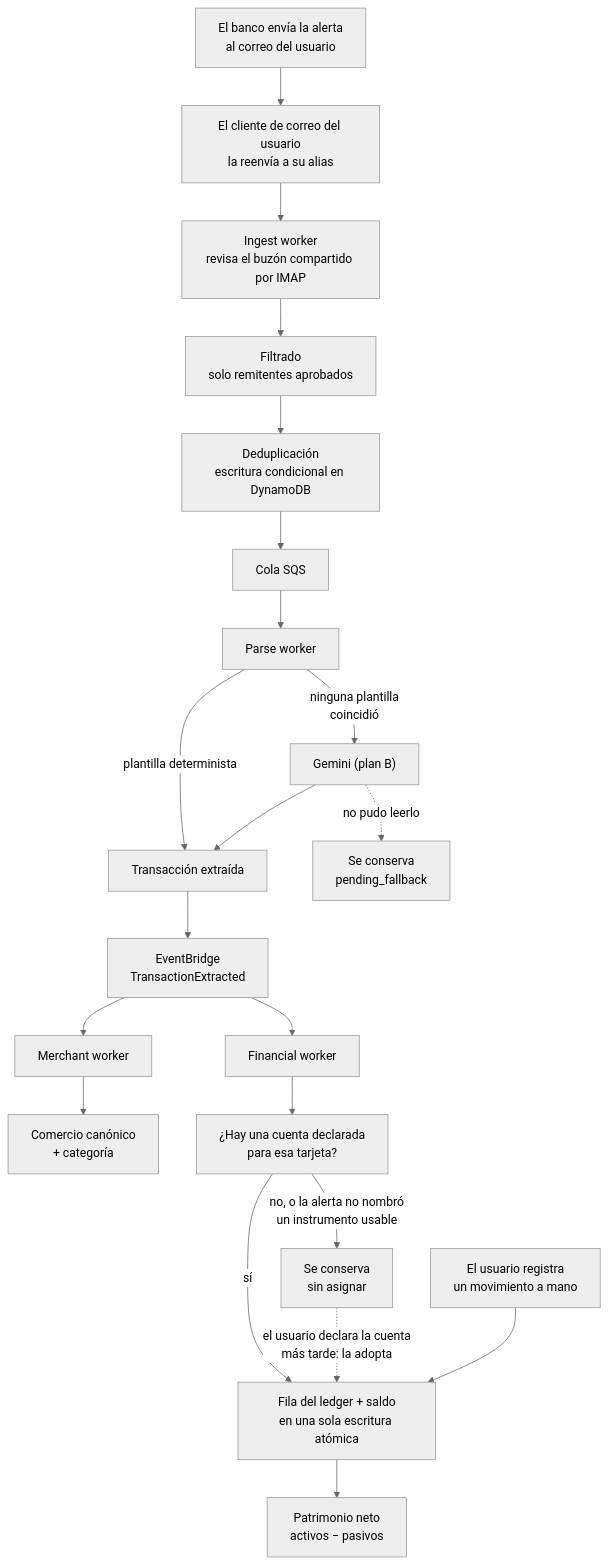
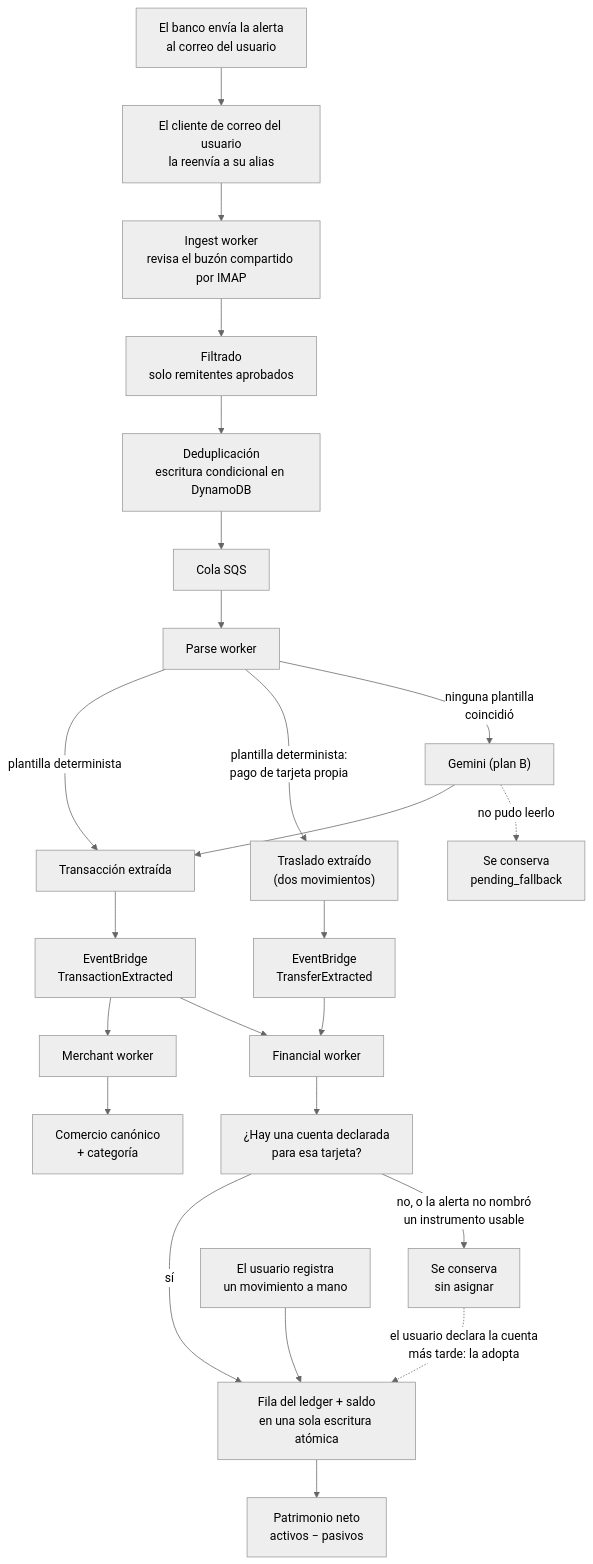
The diagram in docs/overview.md (lStiven/finflow), drawn with Mermaid (neutral theme) before and after one commit. The commit also changed other lines of this file and 12 other files, not shown here.

````diff
--- a/docs/overview.md
+++ b/docs/overview.md
@@ -40,23 +40,26 @@
 ```mermaid
 flowchart TD
     A["El banco envía la alerta<br/>al correo del usuario"] --> B["El cliente de correo del usuario<br/>la reenvía a su alias"]
     B --> C["Ingest worker<br/>revisa el buzón compartido por IMAP"]
     C --> D["Filtrado<br/>solo remitentes aprobados"]
     D --> E["Deduplicación<br/>escritura condicional en DynamoDB"]
     E --> F["Cola SQS"]
     F --> G["Parse worker"]
     G -->|"plantilla determinista"| H["Transacción extraída"]
+    G -->|"plantilla determinista:<br/>pago de tarjeta propia"| T["Traslado extraído<br/>(dos movimientos)"]
     G -->|"ninguna plantilla<br/>coincidió"| I["Gemini (plan B)"]
     I --> H
     I -.->|"no pudo leerlo"| J["Se conserva<br/>pending_fallback"]
     H --> K["EventBridge<br/>TransactionExtracted"]
+    T --> U["EventBridge<br/>TransferExtracted"]
     K --> L["Merchant worker"]
     L --> M["Comercio canónico<br/>+ categoría"]
+    U --> N
     K --> N["Financial worker"]
     N --> O["¿Hay una cuenta declarada<br/>para esa tarjeta?"]
     O -->|"sí"| P["Fila del ledger + saldo<br/>en una sola escritura atómica"]
     O -->|"no, o la alerta no nombró<br/>un instrumento usable"| Q["Se conserva<br/>sin asignar"]
     Q -.->|"el usuario declara la cuenta<br/>más tarde: la adopta"| P
     S["El usuario registra<br/>un movimiento a mano"] --> P
     P --> R["Patrimonio neto<br/>activos − pasivos"]
 ```
````
